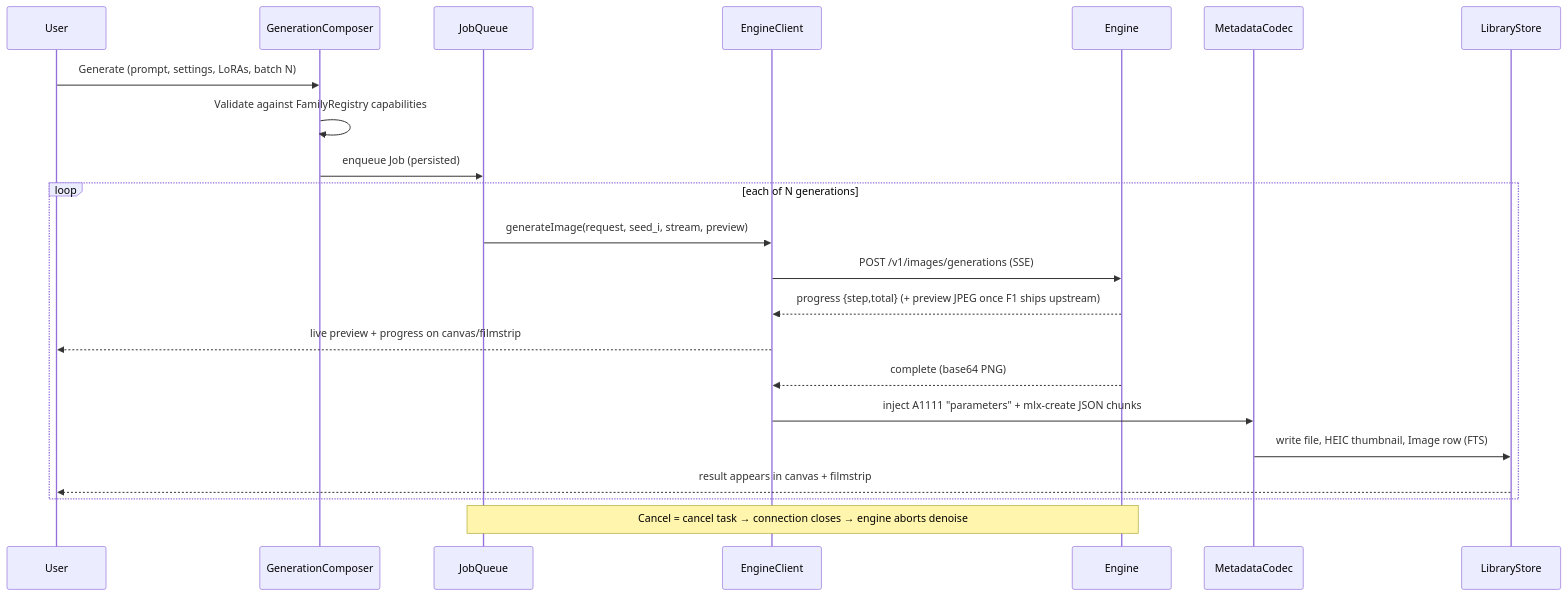
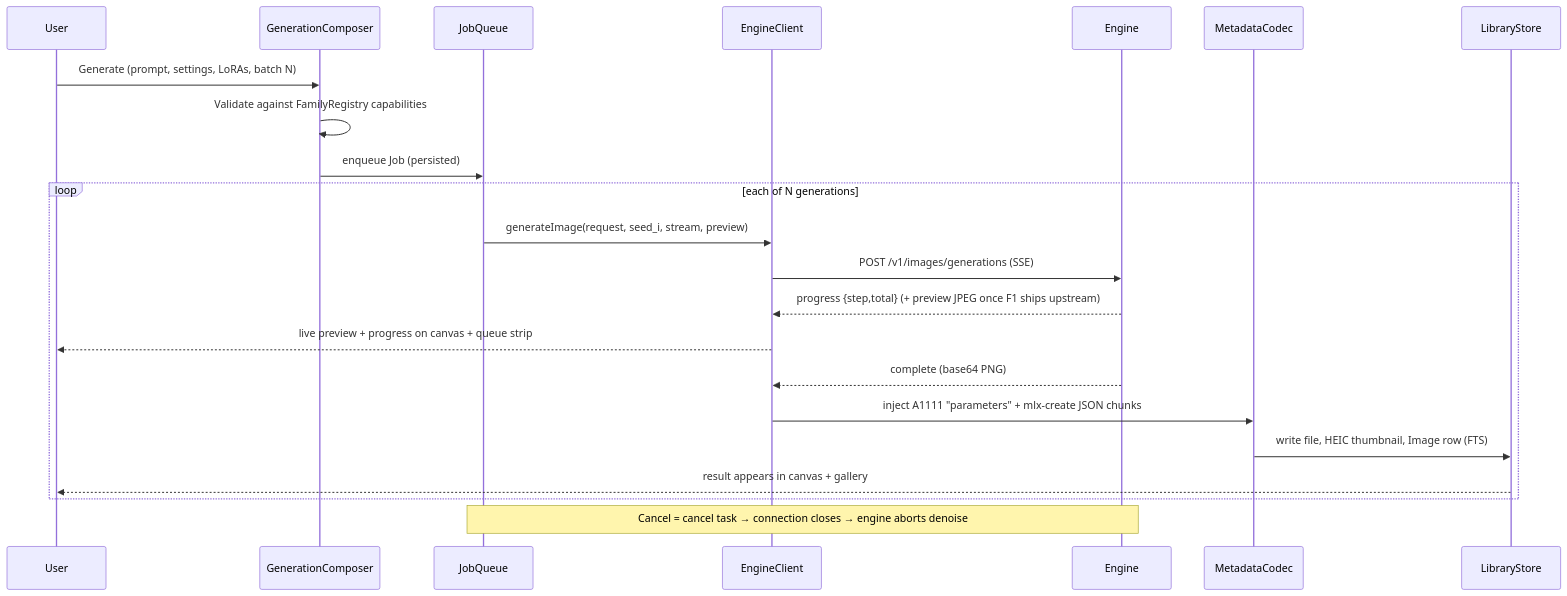
One commit to fearless-holdings/mlx-create changed the third of 5 diagrams in docs/HLD.md. Above: the diagram before and after it, drawn with Mermaid. The commit also changed other lines of this file and 1 other file, not shown here.

````diff
--- a/docs/HLD.md
+++ b/docs/HLD.md
@@ -286,25 +287,25 @@
 ```mermaid
 sequenceDiagram
   participant U as User
   participant C as GenerationComposer
   participant Q as JobQueue
   participant E as EngineClient
   participant S as Engine
   participant M as MetadataCodec
   participant L as LibraryStore
 
   U->>C: Generate (prompt, settings, LoRAs, batch N)
   C->>C: Validate against FamilyRegistry capabilities
   C->>Q: enqueue Job (persisted)
   loop each of N generations
     Q->>E: generateImage(request, seed_i, stream, preview)
     E->>S: POST /v1/images/generations (SSE)
     S-->>E: progress {step,total} (+ preview JPEG once F1 ships upstream)
-    E-->>U: live preview + progress on canvas/filmstrip
+    E-->>U: live preview + progress on canvas + queue strip
     S-->>E: complete (base64 PNG)
     E->>M: inject A1111 "parameters" + mlx-create JSON chunks
     M->>L: write file, HEIC thumbnail, Image row (FTS)
-    L-->>U: result appears in canvas + filmstrip
+    L-->>U: result appears in canvas + gallery
   end
   Note over Q,S: Cancel = cancel task → connection closes → engine aborts denoise
 ```
````
